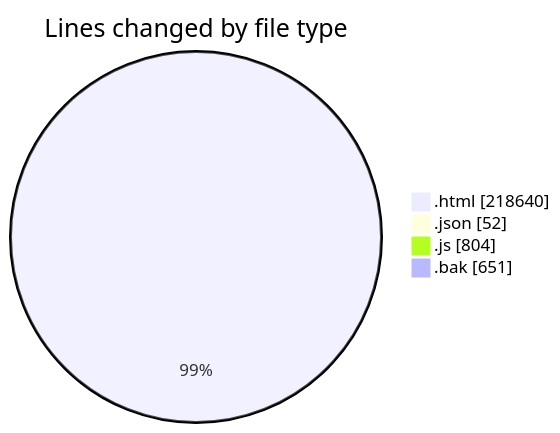
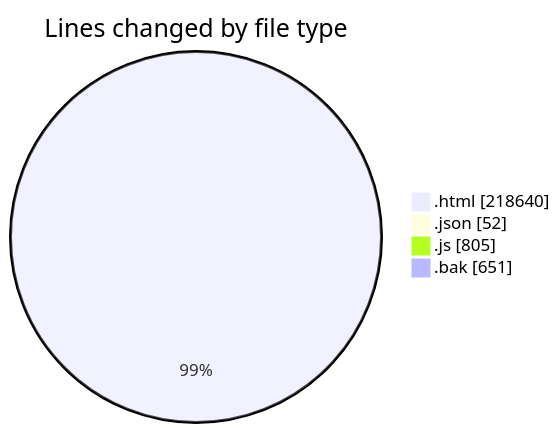
The first of 2 diagrams in 2025-09-16/www/README.md (vahidmafi/code-tracking), drawn with Mermaid before and after one commit. The commit also changed other lines of this file and 1 other file, not shown here.

````diff
--- a/2025-09-16/www/README.md
+++ b/2025-09-16/www/README.md
@@ -319,8 +319,8 @@
 ```mermaid
 pie showData
 title Lines changed by file type
 ".html" : 218640
 ".json" : 52
-".js" : 804
+".js" : 805
 ".bak" : 651
 ```
````
